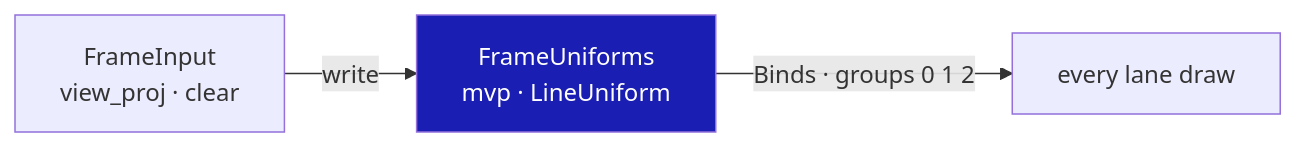
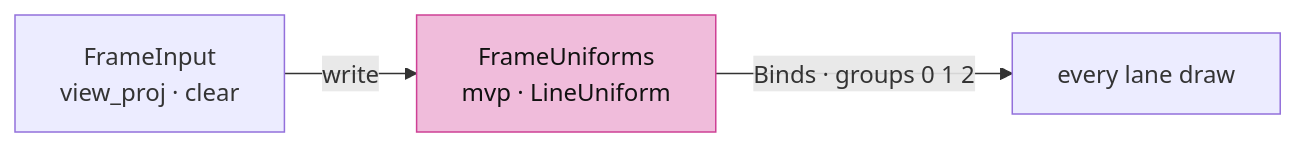
Before and after one commit to petrasvestartas/session: the sixth of 12 diagrams in session_viewer/docs/04a-meshes.md, drawn with Mermaid. The commit also changed other lines of this file and 23 other files, not shown here.

Commit message:
Course: Mermaid nodes white with black text, highlighted nodes pink, white arrows and edge labels on the black ground

````diff
--- a/session_viewer/docs/04a-meshes.md
+++ b/session_viewer/docs/04a-meshes.md
@@ -132,6 +132,6 @@
 ```mermaid
 flowchart LR
     FI["FrameInput<br/>view_proj · clear"] -- "write" --> FU["FrameUniforms<br/>mvp · LineUniform"]
     FU -- "Binds · groups 0 1 2" --> D["every lane draw"]
-    style FU fill:#1a1eb2,color:#fff
+    style FU fill:#f0bcdb,stroke:#ce4095,color:#111
 ```
````
